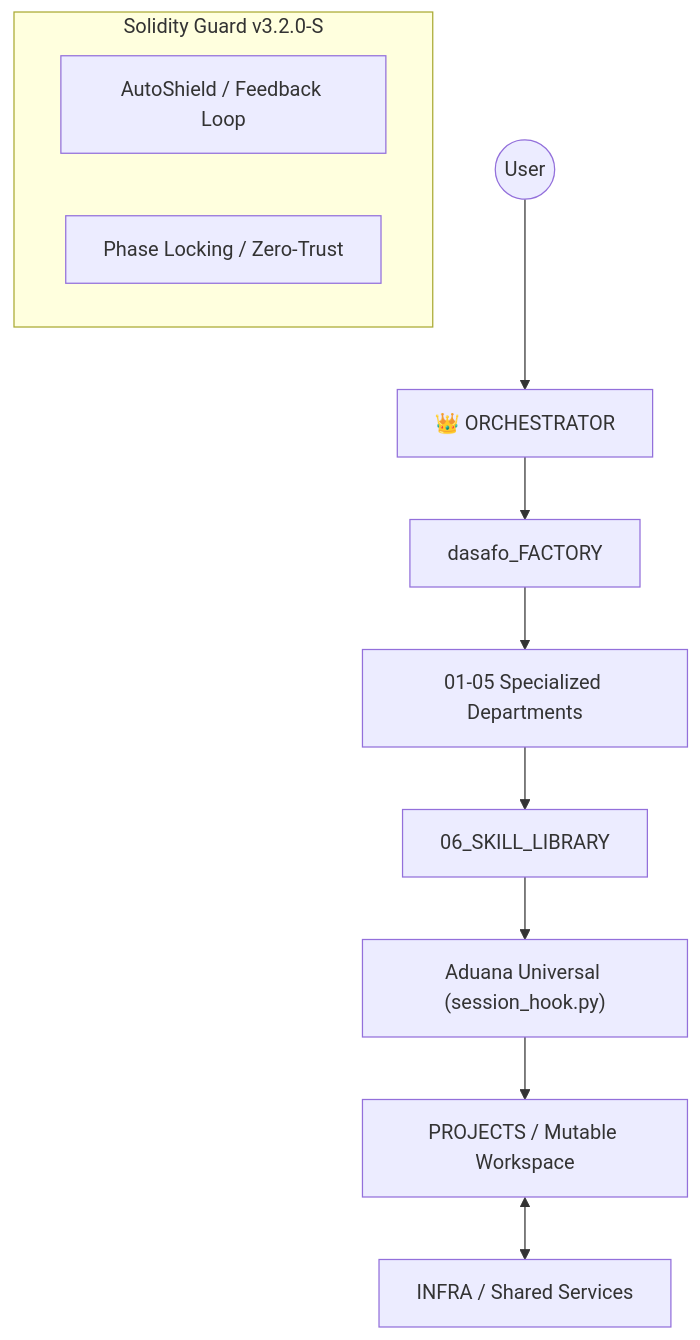
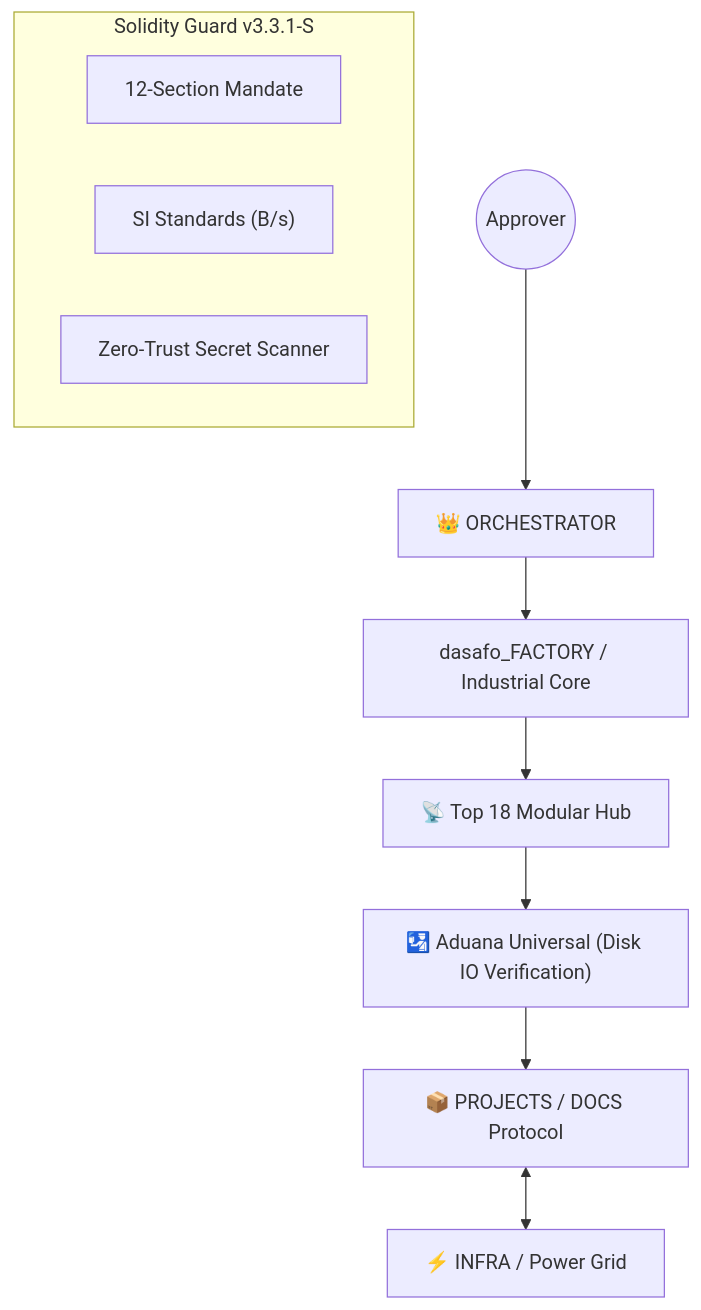
One commit to dasafo/dasafo_Systems changed the diagram in README.md. Above: the diagram before and after it, drawn with Mermaid. The commit also changed other lines of this file and 213 other files, not shown here.

Commit message:
refactor: prune unused skill modules and clean up factory directory structure

````diff
--- a/README.md
+++ b/README.md
@@ -21,15 +21,15 @@
 ```mermaid
 graph TD
-    User((User)) --> Orch["👑 ORCHESTRATOR"]
-    Orch --> Brain["dasafo_FACTORY"]
-    Brain --> Depts["01-05 Specialized Departments"]
-    Depts --> Skills["06_SKILL_LIBRARY"]
-    Skills --> Gate["Aduana Universal (session_hook.py)"]
-    Gate --> Projs["PROJECTS / Mutable Workspace"]
-    Projs <--> Infra["INFRA / Shared Services"]
+    User((Approver)) --> Orch["👑 ORCHESTRATOR"]
+    Orch --> Brain["dasafo_FACTORY / Industrial Core"]
+    Brain --> Hub["📡 Top 18 Modular Hub"]
+    Hub --> Gate["🛂 Aduana Universal (Disk IO Verification)"]
+    Gate --> Projs["📦 PROJECTS / DOCS Protocol"]
+    Projs <--> Infra["⚡ INFRA / Power Grid"]
 
-    subgraph Security_Quality ["Solidity Guard v3.2.0-S"]
-        AutoShield["AutoShield / Feedback Loop"]
-        PhysicalGate["Phase Locking / Zero-Trust"]
+    subgraph Security_Audit ["Solidity Guard v3.3.1-S"]
+        PRP_12["12-Section Mandate"]
+        SI_Units["SI Standards (B/s)"]
+        SecretScan["Zero-Trust Secret Scanner"]
     end
 ```
````
